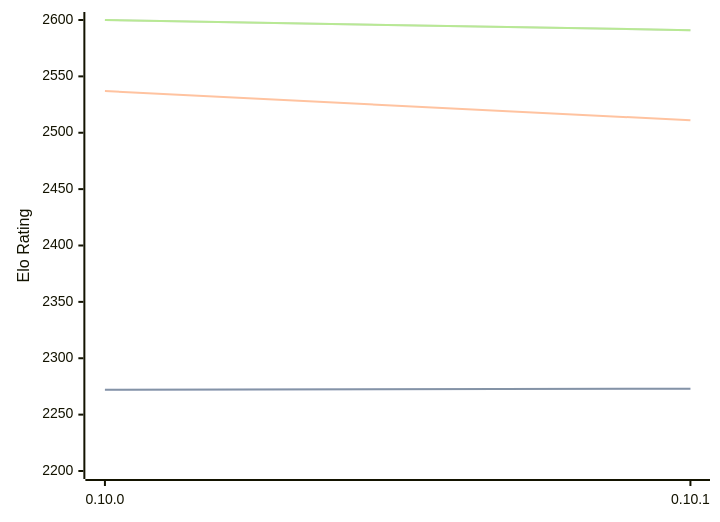
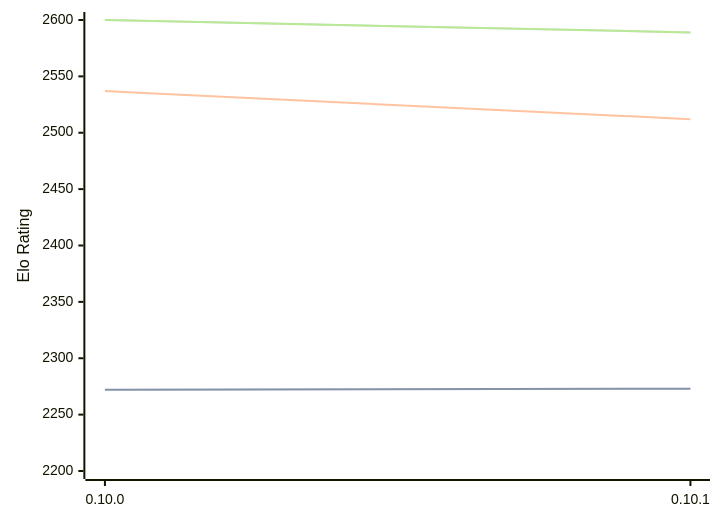
Before and after one commit to computer-chess-index/cci: the diagram in engines/Fatalii.md, drawn with Mermaid. The commit also changed other lines of this file, not shown here.

Commit message:
Update CCI Ratings (ELO VLTC) - 2026-08-24

````diff
--- a/engines/Fatalii.md
+++ b/engines/Fatalii.md
@@ -32,11 +32,11 @@
 ```mermaid
 %%{init: {"theme":"base","themeVariables":{"seriesColors:['#a3a3a3','#222221','#faa371']}}}%%
 xychart-beta
   x-axis ["0.10.0", "0.10.1"]
   y-axis "Elo Rating" 2200 --> 2600
   line "STC (8.0+0.08s)" [2272, 2273]
   line "STC (8.0+0.08s)" [2272, 2273]
-  line "LTC (60.0+0.60s)" [2537, 2511]
-  line "VLTC (2m24s+1.12s)" [2600, 2591]
-  line "VLTC (2m24s+1.12s)" [2600, 2591]
+  line "LTC (60.0+0.60s)" [2537, 2512]
+  line "VLTC (2m24s+1.12s)" [2600, 2589]
+  line "VLTC (2m24s+1.12s)" [2600, 2589]
 ```
````
